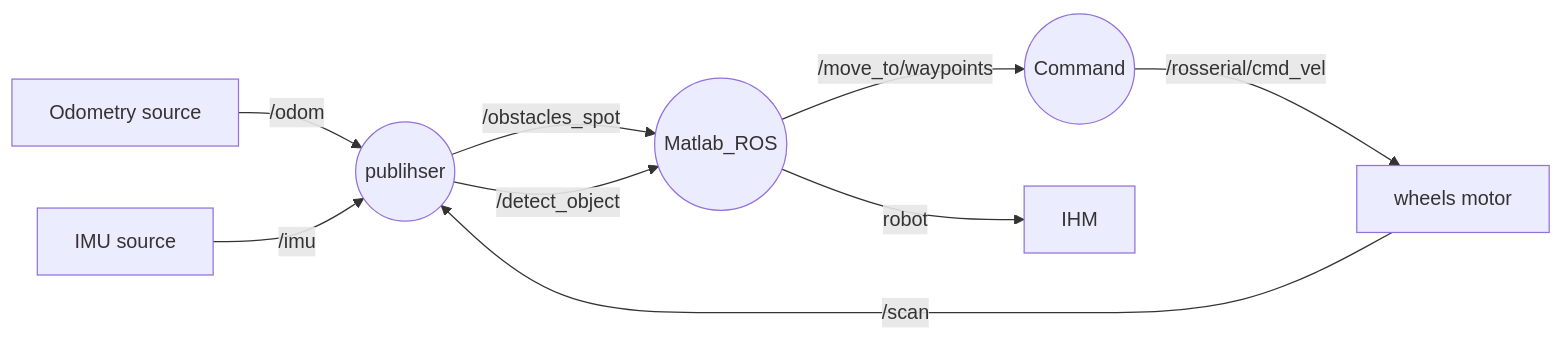
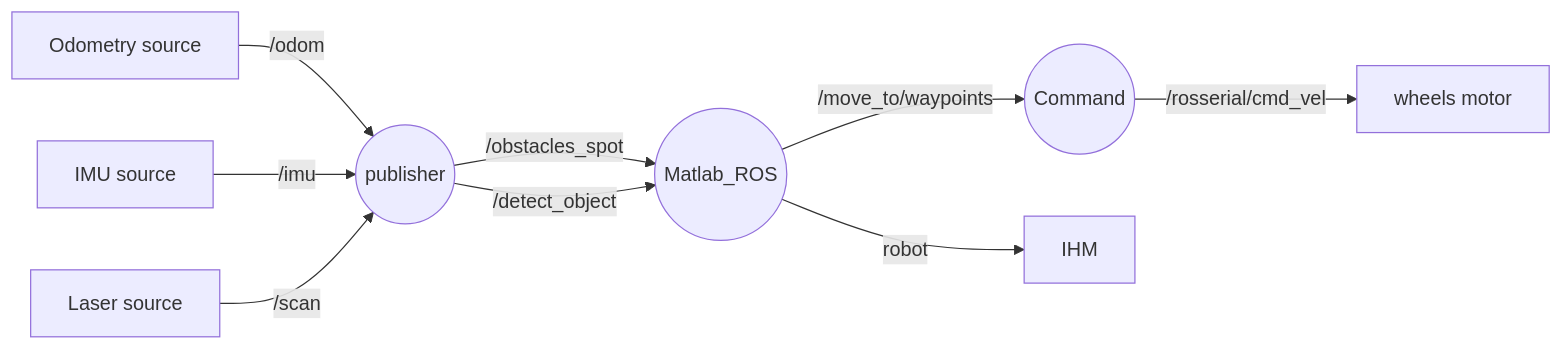
One commit to estellebriand/Projet_majeure_master_5A changed the first of 2 diagrams in README.md. Above: the diagram before and after it, drawn with Mermaid.

````diff
--- a/README.md
+++ b/README.md
@@ -76,14 +76,14 @@
 ```mermaid
 graph LR
 
     T1[Odometry source] -- /odom --> Node1((publisher))
     T2[IMU source] -- /imu --> Node1((publisher))
-    T3[Laser source] -- /scan --> Node1((publihser))
+    T3[Laser source] -- /scan --> Node1((publisher))
 
     Node2 -- /move_to/waypoints --> Node_command((Command))
-    Node_command((Command)) -- /rosserial/cmd_vel --> T3[wheels motor]
+    Node_command((Command)) -- /rosserial/cmd_vel --> T4[wheels motor]
 
     Node1 -- /obstacles_spot -->Node2((Matlab_ROS))
     Node1 -- /detect_object -->Node2((Matlab_ROS))
     Node2 -- robot -->IHM[IHM]
 ```
````
